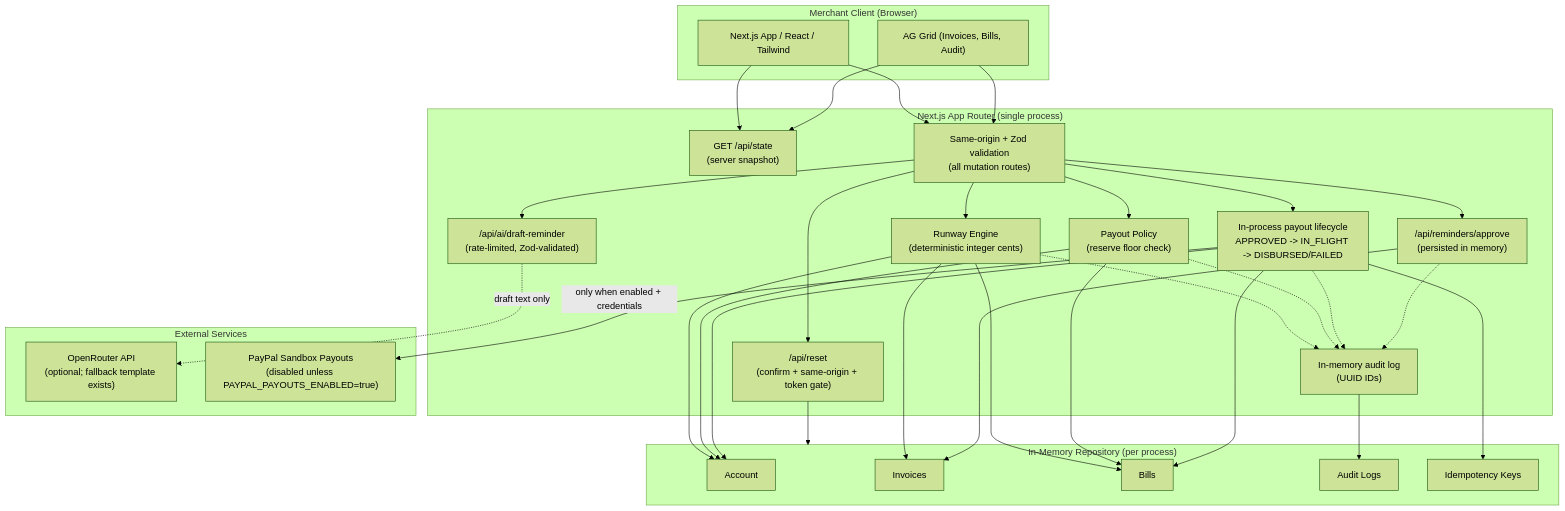
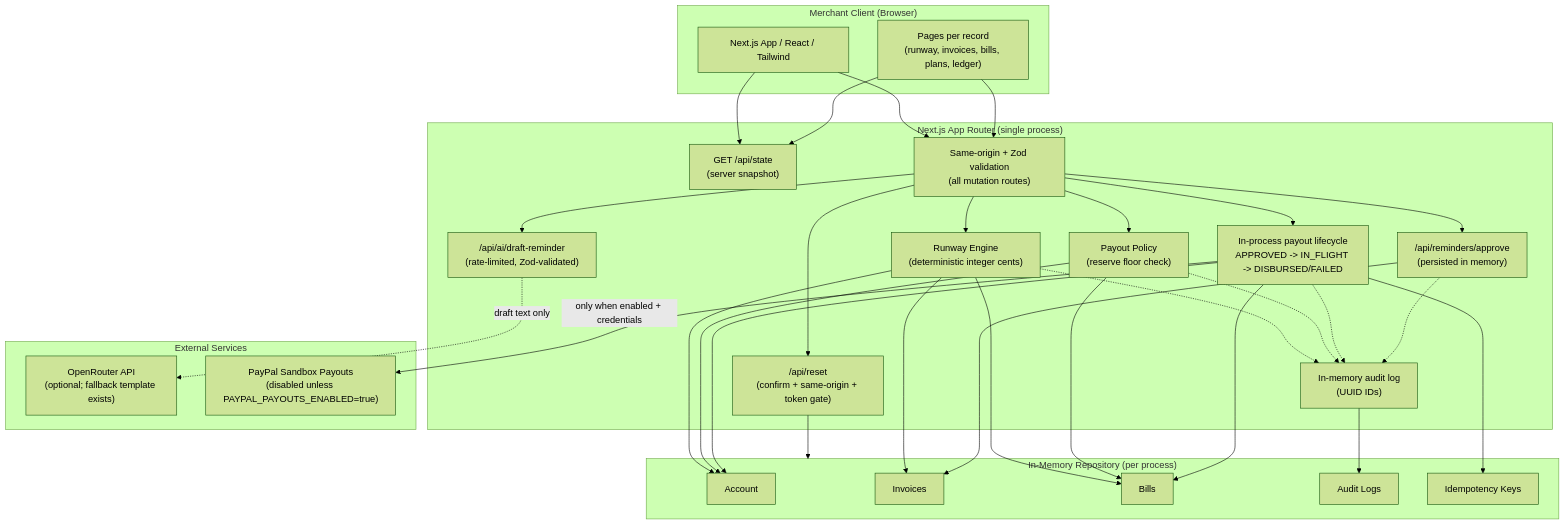
Before and after one commit to Viruss07/merchops-ai: the first of 3 diagrams in docs/ARCHITECTURE.md, drawn with Mermaid (forest theme). The commit also changed other lines of this file and 52 other files, not shown here.

First line of the commit message:
Redesign the UI as one shell with a page per record

````diff
--- a/docs/ARCHITECTURE.md
+++ b/docs/ARCHITECTURE.md
@@ -23,62 +23,62 @@
 ```mermaid
 flowchart TD
     subgraph Client["Merchant Client (Browser)"]
         UI["Next.js App / React / Tailwind"]
-        Grid["AG Grid (Invoices, Bills, Audit)"]
+        Pages["Pages per record\n(runway, invoices, bills, plans, ledger)"]
     end
 
     subgraph App["Next.js App Router (single process)"]
         StateAPI["GET /api/state\n(server snapshot)"]
         Guards["Same-origin + Zod validation\n(all mutation routes)"]
         RunwayEng["Runway Engine\n(deterministic integer cents)"]
         Policy["Payout Policy\n(reserve floor check)"]
         Idem["In-process payout lifecycle\nAPPROVED -> IN_FLIGHT -> DISBURSED/FAILED"]
         Audit["In-memory audit log\n(UUID IDs)"]
         AI["/api/ai/draft-reminder\n(rate-limited, Zod-validated)"]
         Reminders["/api/reminders/approve\n(persisted in memory)"]
         Reset["/api/reset\n(confirm + same-origin + token gate)"]
     end
 
     subgraph Store["In-Memory Repository (per process)"]
         Account["Account"]
         Invoices["Invoices"]
         Bills["Bills"]
         Logs["Audit Logs"]
         Keys["Idempotency Keys"]
     end
 
     subgraph External["External Services"]
         OpenRouter["OpenRouter API\n(optional; fallback template exists)"]
         PayPal["PayPal Sandbox Payouts\n(disabled unless PAYPAL_PAYOUTS_ENABLED=true)"]
     end
 
     UI --> StateAPI
-    Grid --> StateAPI
+    Pages --> StateAPI
     UI --> Guards
-    Grid --> Guards
+    Pages --> Guards
 
     Guards --> RunwayEng
     Guards --> Policy
     Guards --> Idem
     Guards --> Reminders
     Guards --> Reset
     Guards --> AI
 
     RunwayEng --> Account
     RunwayEng --> Invoices
     RunwayEng --> Bills
     Policy --> Account
     Policy --> Bills
     Idem --> Bills
     Idem --> Account
     Reminders --> Invoices
     Reset --> Store
     AI -.->|draft text only| OpenRouter
     Idem -->|only when enabled + credentials| PayPal
     RunwayEng -.-> Audit
     Policy -.-> Audit
     Idem -.-> Audit
     Reminders -.-> Audit
     Audit --> Logs
     Idem --> Keys
 ```
````
